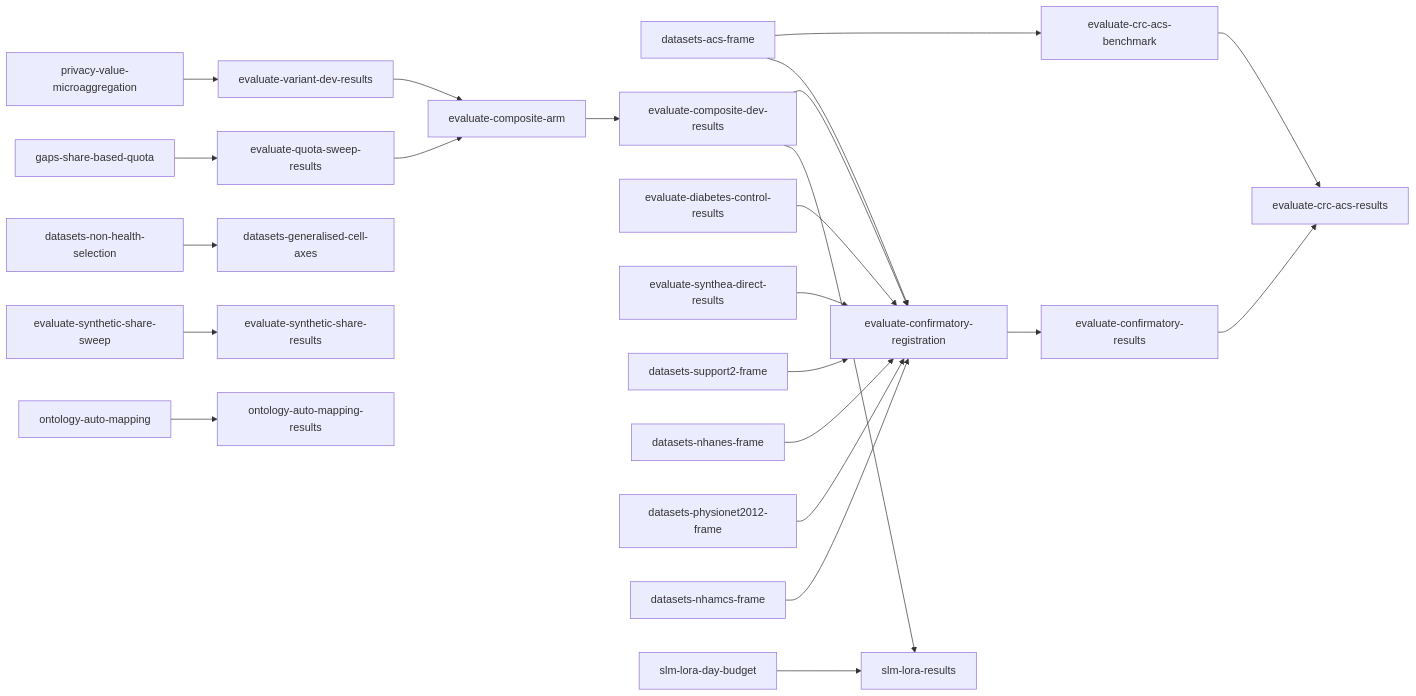
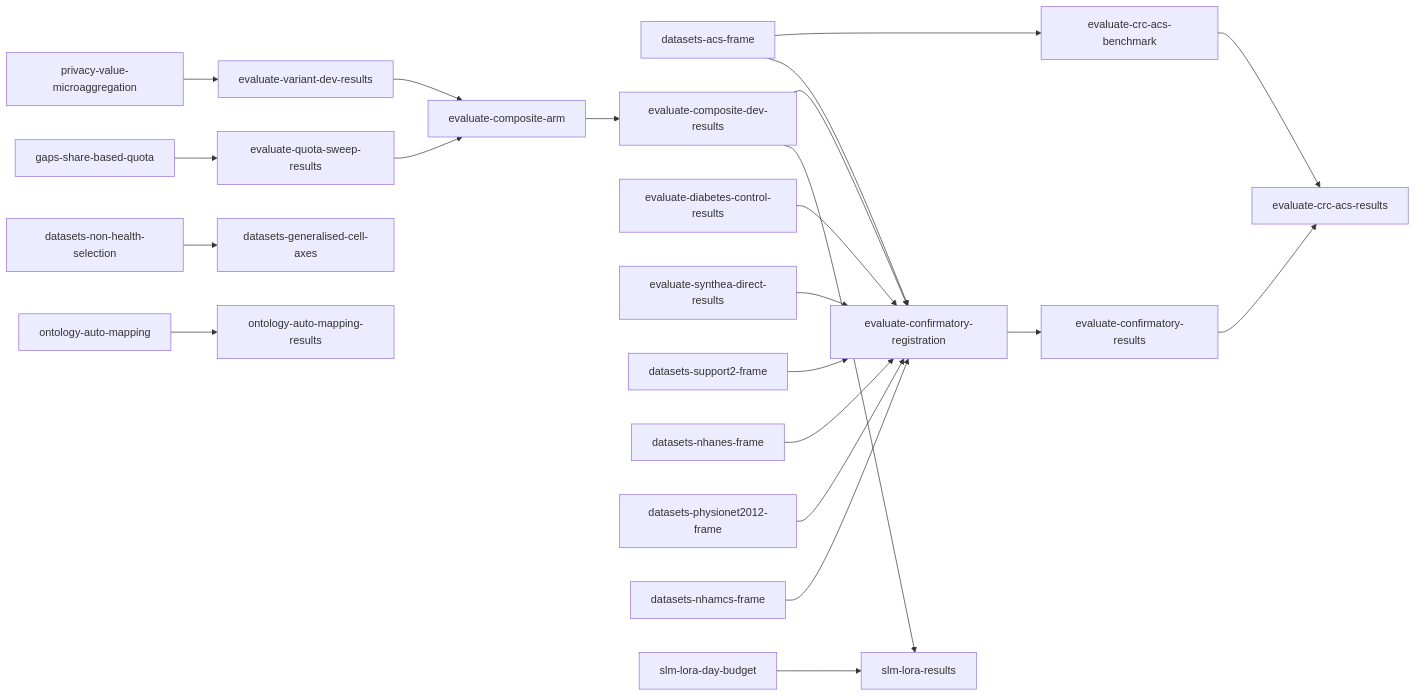
Before and after one commit to joe-dartmouth/synthetic: the diagram in tasks/direct-index.md, drawn with Mermaid. The commit also changed other lines of this file and 31 other files, not shown here.

First line of the commit message:
Register E18: the synthetic-share sweep (#134)

````diff
--- a/tasks/direct-index.md
+++ b/tasks/direct-index.md
@@ -69,25 +68,24 @@
 ```mermaid
 flowchart LR
     u16[privacy-value-microaggregation] --> u19[evaluate-variant-dev-results]
     u20[gaps-share-based-quota] --> u21[evaluate-quota-sweep-results]
     u27[datasets-acs-frame] --> u41[evaluate-crc-acs-benchmark]
     u49[datasets-non-health-selection] --> u50[datasets-generalised-cell-axes]
     u19 --> u28[evaluate-composite-arm]
     u21 --> u28
     u28 --> u29[evaluate-composite-dev-results]
     u7[evaluate-diabetes-control-results] --> u30[evaluate-confirmatory-registration]
     u8[evaluate-synthea-direct-results] --> u30
-    u45[evaluate-synthetic-share-sweep] --> u46[evaluate-synthetic-share-results]
     u25[datasets-support2-frame] --> u30
     u26[datasets-nhanes-frame] --> u30
     u27 --> u30
     u47[datasets-physionet2012-frame] --> u30
     u48[datasets-nhamcs-frame] --> u30
     u29 --> u30
     u30 --> u31[evaluate-confirmatory-results]
     u41 --> u42[evaluate-crc-acs-results]
     u31 --> u42
     u32[ontology-auto-mapping] --> u33[ontology-auto-mapping-results]
     u29 --> u36[slm-lora-results]
     u51[slm-lora-day-budget] --> u36
 ```
````
